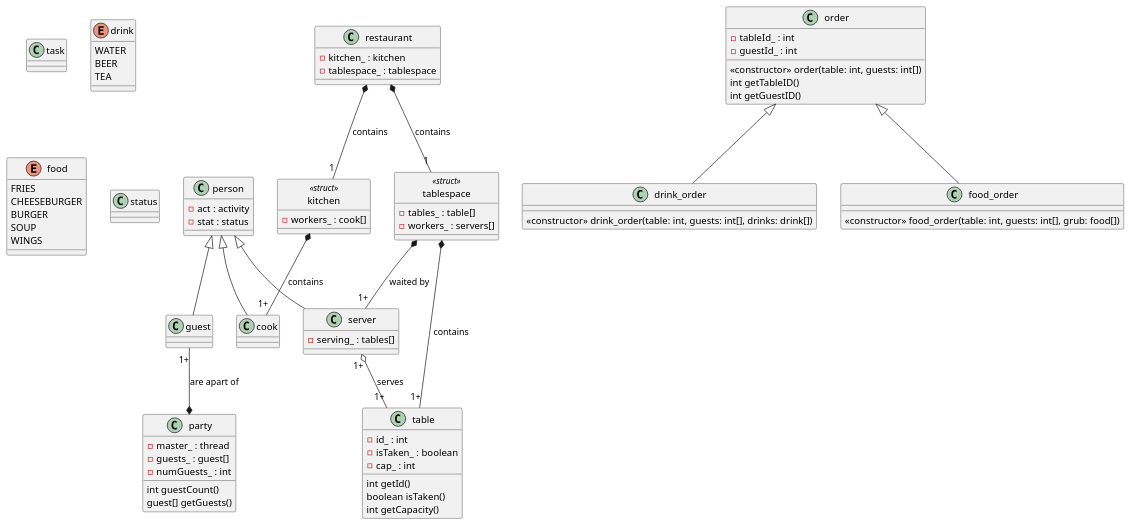
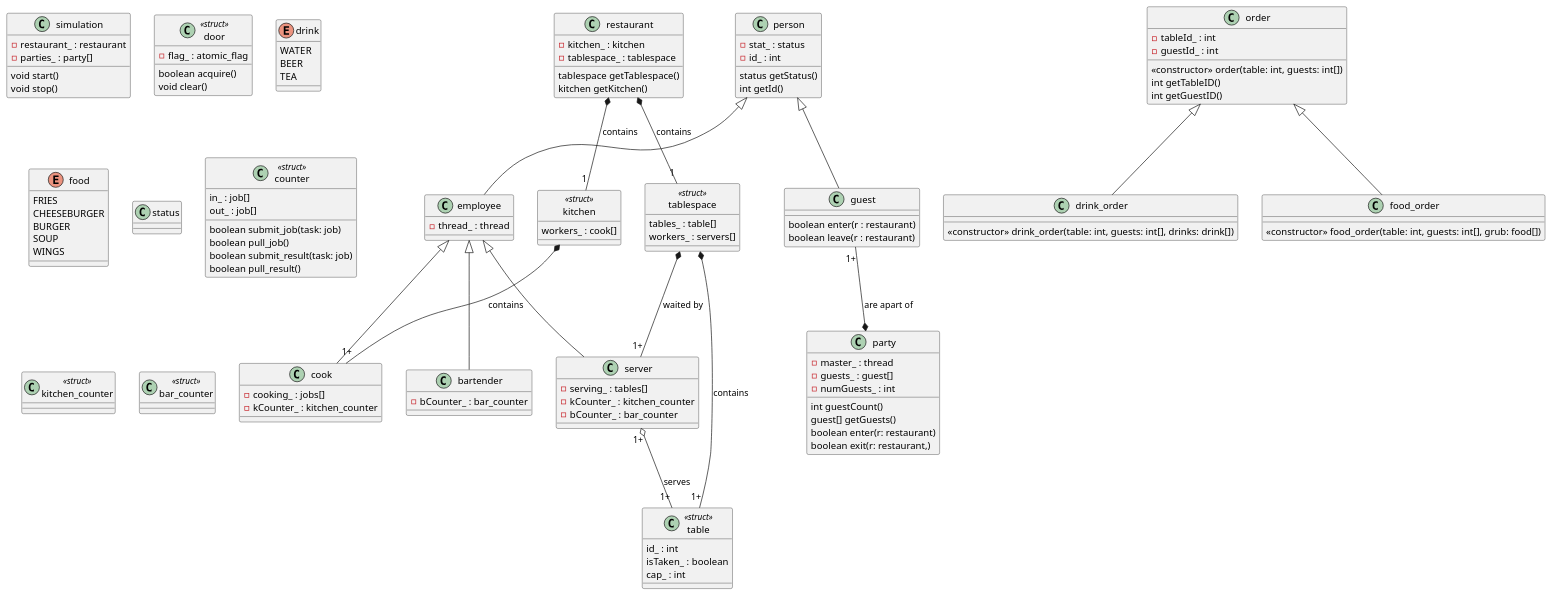
One commit to ajm52/restaurant changed the diagram in docs/plantuml/src/classes.wsd. Above: the diagram before and after it, drawn with PlantUML. The commit also changed 6 other files, not shown here.

Commit message:
finished table implementation. next, tablespace.

```diff
--- a/docs/plantuml/src/classes.wsd
+++ b/docs/plantuml/src/classes.wsd
@@ -1,92 +1,146 @@
 @startuml classes
+
+    class simulation {
+        -restaurant_ : restaurant
+        -parties_ : party[]
+
+        void start()
+        void stop()
+    }
+
+    class restaurant {
+        -kitchen_ : kitchen
+        -tablespace_ : tablespace
+
+        tablespace getTablespace()
+        kitchen getKitchen()
+
+    }
+
+    class door <<struct>> {
+        -flag_ : atomic_flag
+
+        boolean acquire()
+        void clear()
+    }
+
+    class party {
+        -master_ : thread
+        -guests_ : guest[]
+        -numGuests_ : int
+
+        int guestCount()
+        guest[] getGuests()
+        boolean enter(r: restaurant)
+        boolean exit(r: restaurant,)
+    }
+
     class person {
-        -act : activity
-        -stat : status
+        -stat_ : status
+        -id_ : int
+
+        status getStatus()
+        int getId()
+
     }
     class cook {
-
+        -cooking_ : jobs[]
+        -kCounter_ : kitchen_counter
     }
     class server {
         -serving_ : tables[]
+        -kCounter_ : kitchen_counter
+        -bCounter_ : bar_counter
     }
     class guest {
-        
+        boolean enter(r : restaurant)
+        boolean leave(r : restaurant)
     }
-    class task {
-        
+    class employee {
+        -thread_ : thread
     }
+    class bartender {
+        -bCounter_ : bar_counter
+    }
+   
     class order {
         -tableId_ : int
         -guestId_ : int
         <<constructor>> order(table: int, guests: int[])
         int getTableID()
         int getGuestID()
     }
     class drink_order {
         <<constructor>> drink_order(table: int, guests: int[], drinks: drink[])
     }
     class food_order {
         <<constructor>> food_order(table: int, guests: int[], grub: food[])
     }
     enum drink {
         WATER
         BEER
         TEA
     }
     enum food {
         FRIES
         CHEESEBURGER
         BURGER
         SOUP
         WINGS
     }
     class status {
 
     }
-    class party {
-        -master_ : thread
-        -guests_ : guest[]
-        -numGuests_ : int
-
-        int guestCount()
-        guest[] getGuests()
-    }
-    class restaurant {
-        -kitchen_ : kitchen
-        -tablespace_ : tablespace
-    }
-    class table {
-        -id_ : int
-        -isTaken_ : boolean
-        -cap_ : int
-
-        int getId()
-        boolean isTaken()
-        int getCapacity()      
+    
+    class table <<struct>> {
+        id_ : int
+        isTaken_ : boolean
+        cap_ : int    
     }
     class kitchen <<struct>> {
-        -workers_ : cook[]
+        workers_ : cook[]
     }
     class tablespace <<struct>> {
-        -tables_ : table[]
-        -workers_ : servers[]
+        tables_ : table[]
+        workers_ : servers[]
+    }
+
+    class counter <<struct>> {
+        in_ : job[]
+        out_ : job[]
+
+        boolean submit_job(task: job)
+        boolean pull_job()
+        boolean submit_result(task: job)
+        boolean pull_result()
+
+    }
+
+    class kitchen_counter <<struct>> {
+
+    }
+
+    class bar_counter <<struct>> {
+
     }
 
     restaurant *-- "1" tablespace : contains
     restaurant *-- "1" kitchen : contains 
     kitchen *-- "1+" cook : contains 
     tablespace *-- "1+" table : contains
     tablespace *-- "1+" server : waited by
     hide kitchen circle
     hide tablespace circle
-    person <|-- cook
-    person <|-- server
     person <|-- guest
+    employee <|-- cook
+    employee <|-- server
+    employee <|-- bartender
+    person <|-- employee
     order <|-- food_order
     order <|-- drink_order
 
     guest "1+" --* party : are apart of
     server "1+" o-- "1+" table : serves
 
     
 @enduml
```
